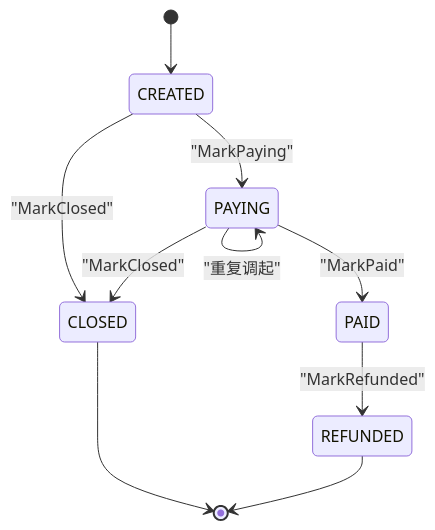
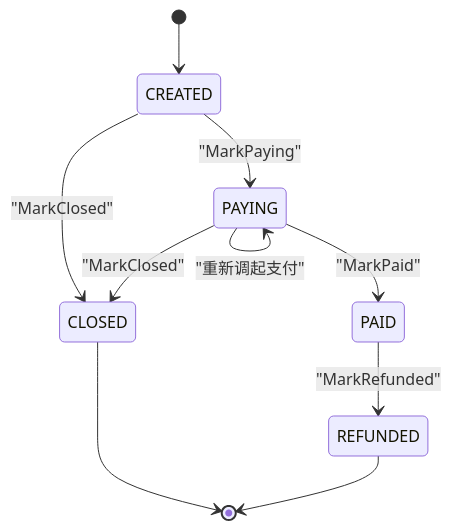
Before and after one commit to gbtdesign/payment: the sixth of 9 diagrams in .qoder/repowiki/zh/content/开发指南.md, drawn with Mermaid. The commit also changed other lines of this file and 107 other files, not shown here.

````diff
--- a/.qoder/repowiki/zh/content/开发指南.md
+++ b/.qoder/repowiki/zh/content/开发指南.md
@@ -304,12 +283,12 @@
 ```mermaid
 stateDiagram-v2
 [*] --> CREATED
 CREATED --> PAYING : "MarkPaying"
 CREATED --> CLOSED : "MarkClosed"
-PAYING --> PAYING : "重复调起"
+PAYING --> PAYING : "重新调起支付"
 PAYING --> PAID : "MarkPaid"
 PAYING --> CLOSED : "MarkClosed"
 PAID --> REFUNDED : "MarkRefunded"
 CLOSED --> [*]
 REFUNDED --> [*]
 ```
````
